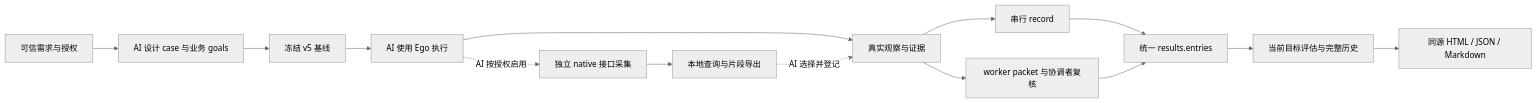
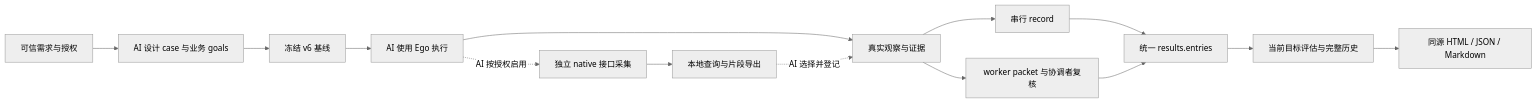
The diagram in docs/architecture.md (99Like-wjj/ai-autonomous-testing-ego-lite), drawn with Mermaid (neutral theme) before and after one commit. The commit also changed other lines of this file and 99 other files, not shown here.

````diff
--- a/docs/architecture.md
+++ b/docs/architecture.md
@@ -7,16 +9,16 @@
 ```mermaid
 flowchart LR
   R[可信需求与授权] --> C[AI 设计 case 与业务 goals]
-  C --> B[冻结 v5 基线]
+  C --> B[冻结 v6 基线]
   B --> A[AI 使用 Ego 执行]
   A --> O[真实观察与证据]
   A -. AI 按授权启用 .-> N[独立 native 接口采集]
   N --> Q[本地查询与片段导出]
   Q -. AI 选择并登记 .-> O
   O --> S[串行 record]
   O --> P[worker packet 与协调者复核]
   S --> E[统一 results.entries]
   P --> E
   E --> V[当前目标评估与完整历史]
   V --> H[同源 HTML / JSON / Markdown]
 ```
````
